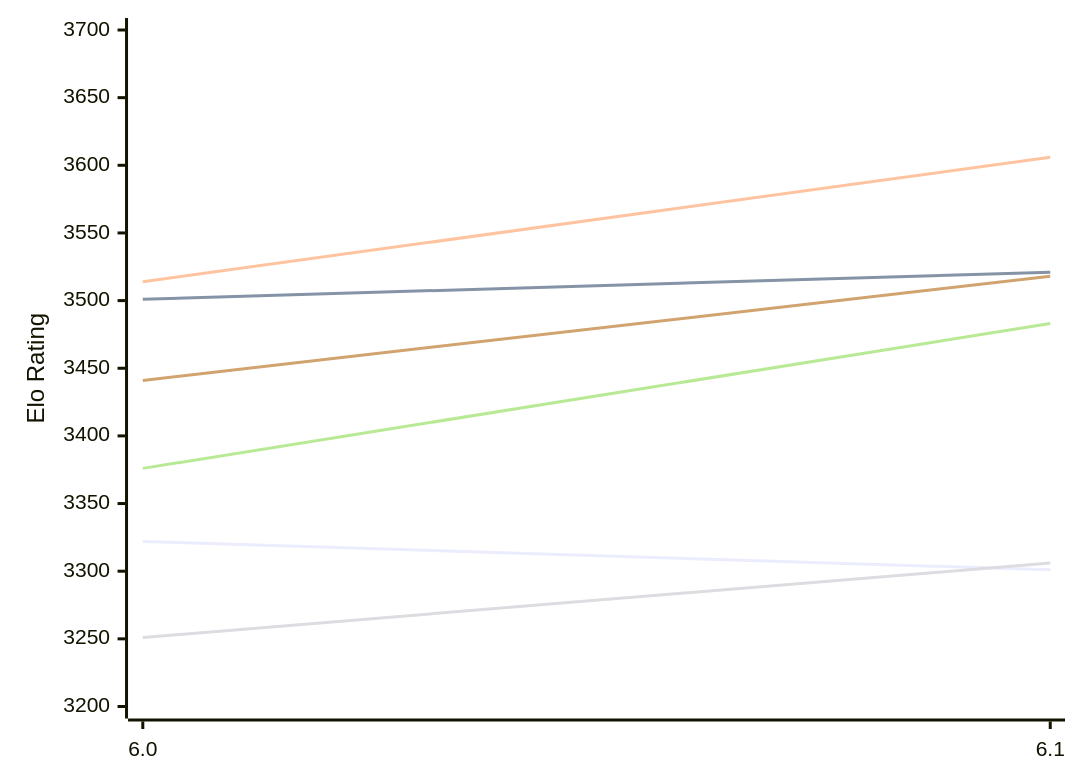
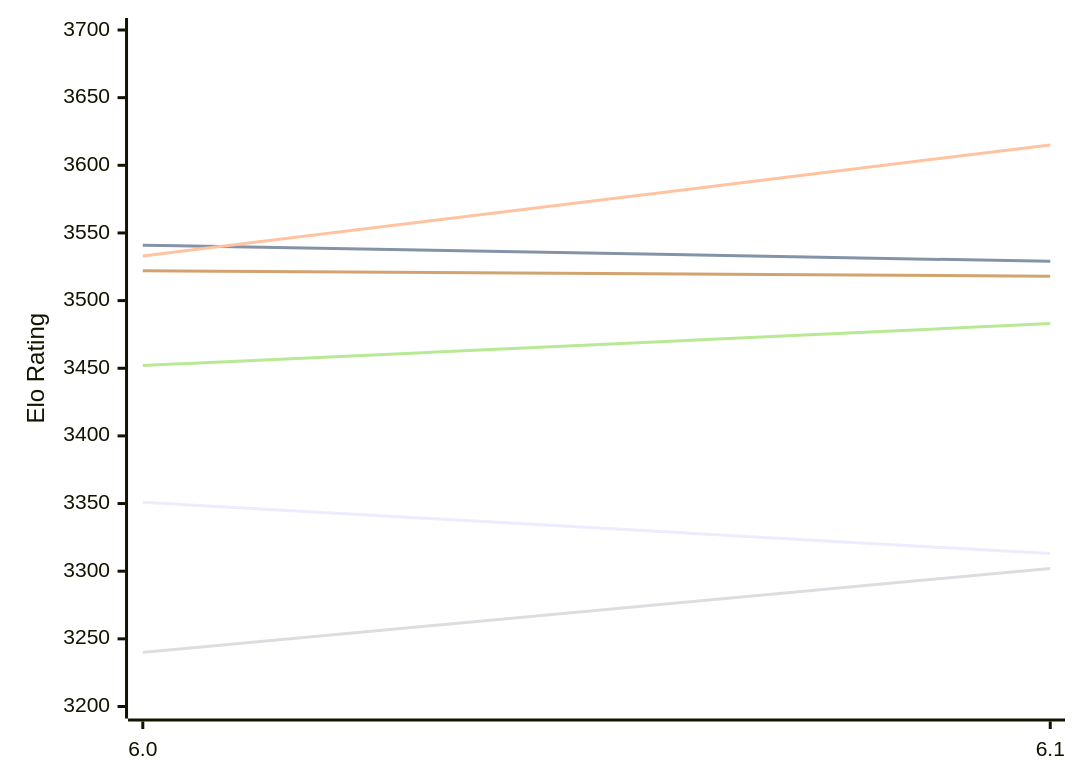
One commit to computer-chess-index/cci changed the first of 2 diagrams in engines/Starzix.md. Above: the diagram before and after it, drawn with Mermaid. The commit also changed other lines of this file, not shown here.

Commit message:
Update CCI Ratings (ELO VLTC) - 2026-11-16

````diff
--- a/engines/Starzix.md
+++ b/engines/Starzix.md
@@ -51,12 +51,12 @@
 ```mermaid
 %%{init: {"theme":"base","themeVariables":{"seriesColors:['#a3a3a3','#222221','#faa371']}}}%%
 xychart-beta
   x-axis ["6.0", "6.1"]
   y-axis "Elo Rating" 3200 --> 3700
-  line "E1: STC (8.0+0.08s)" [3322, 3301]
-  line "E1: LTC (60.0+0.60s)" [3501, 3521]
-  line "E1: VLTC (2m24s+1.12s)" [3514, 3606]
-  line "P1: STC (8.0+0.08s)" [3251, 3306]
-  line "P1: LTC (60.0+0.60s)" [3376, 3483]
-  line "P1: VLTC (2m24s+1.12s)" [3441, 3518]
+  line "E1: STC (8.0+0.08s)" [3351, 3313]
+  line "E1: LTC (60.0+0.60s)" [3541, 3529]
+  line "E1: VLTC (2m24s+1.12s)" [3533, 3615]
+  line "P1: STC (8.0+0.08s)" [3240, 3302]
+  line "P1: LTC (60.0+0.60s)" [3452, 3483]
+  line "P1: VLTC (2m24s+1.12s)" [3522, 3518]
 ```
````
